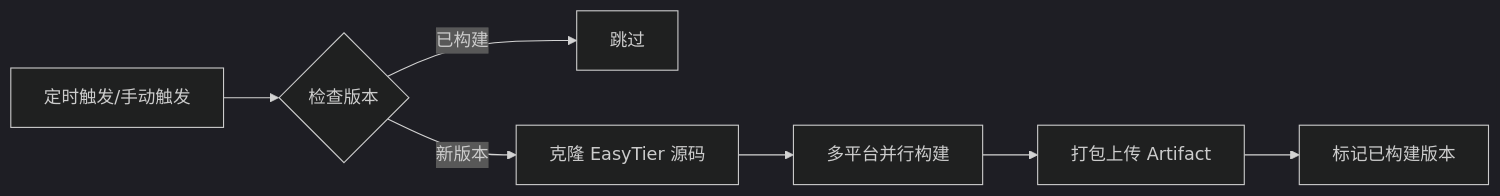
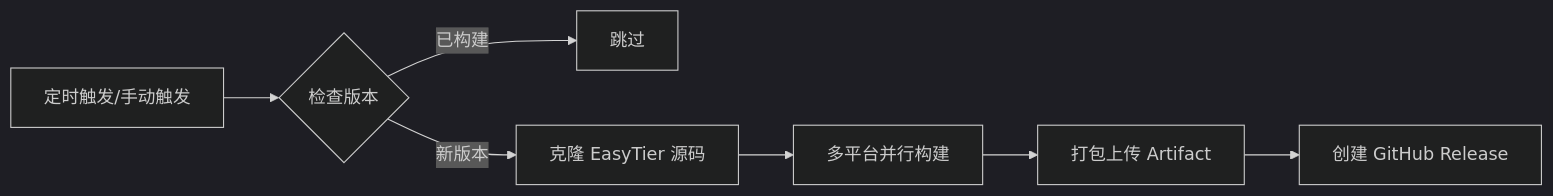
Before and after one commit to 710850609/easytier-ffi: the diagram in README.md, drawn with Mermaid (dark theme). The commit also changed other lines of this file and 1 other file, not shown here.

````diff
--- a/README.md
+++ b/README.md
@@ -32,9 +32,9 @@
 ```mermaid
 flowchart LR
     A[定时触发/手动触发] --> B{检查版本}
     B -->|已构建| C[跳过]
     B -->|新版本| D[克隆 EasyTier 源码]
     D --> E[多平台并行构建]
     E --> F[打包上传 Artifact]
-    F --> G[标记已构建版本]
+    F --> G[创建 GitHub Release]
 ```
````
